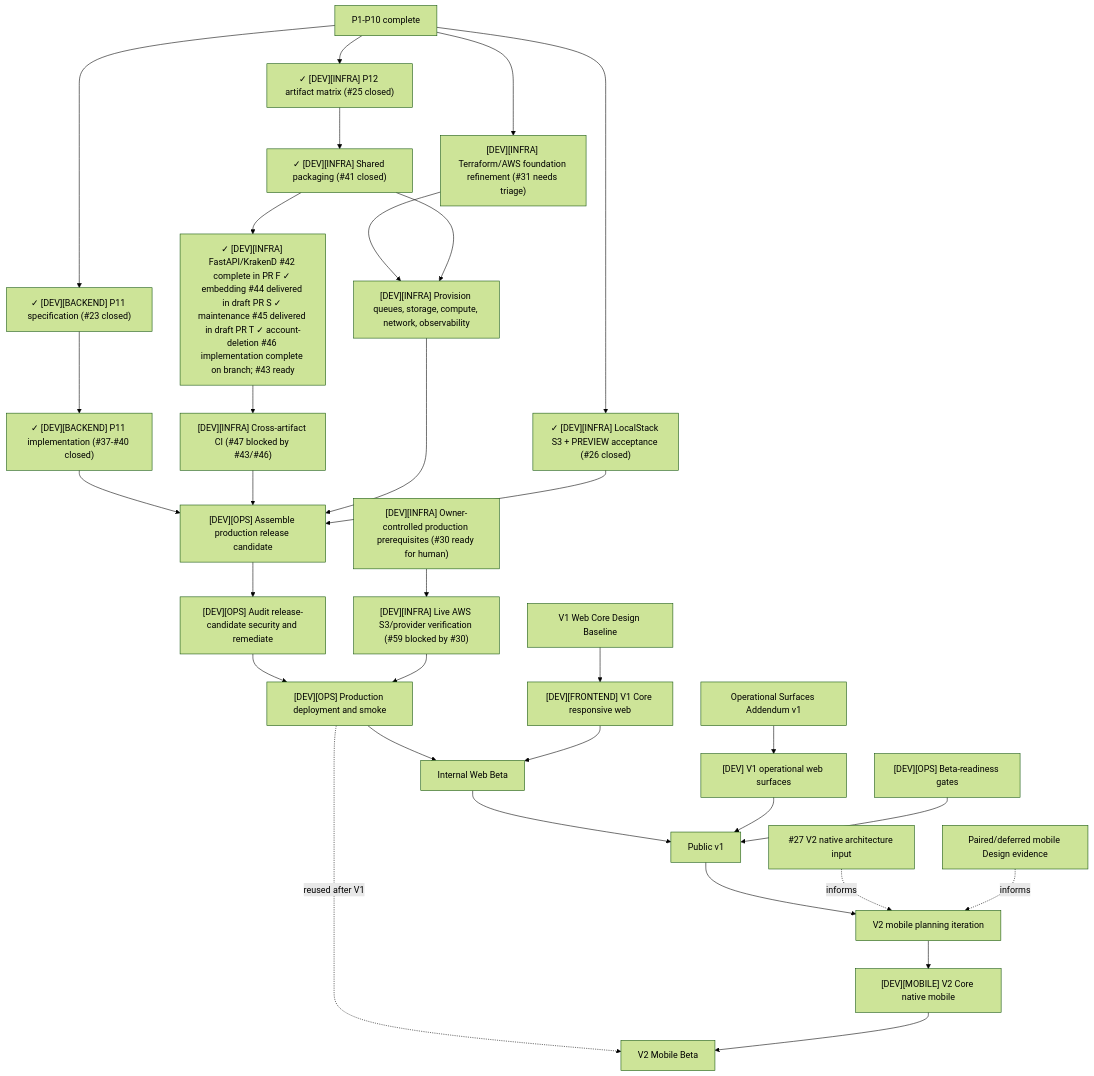
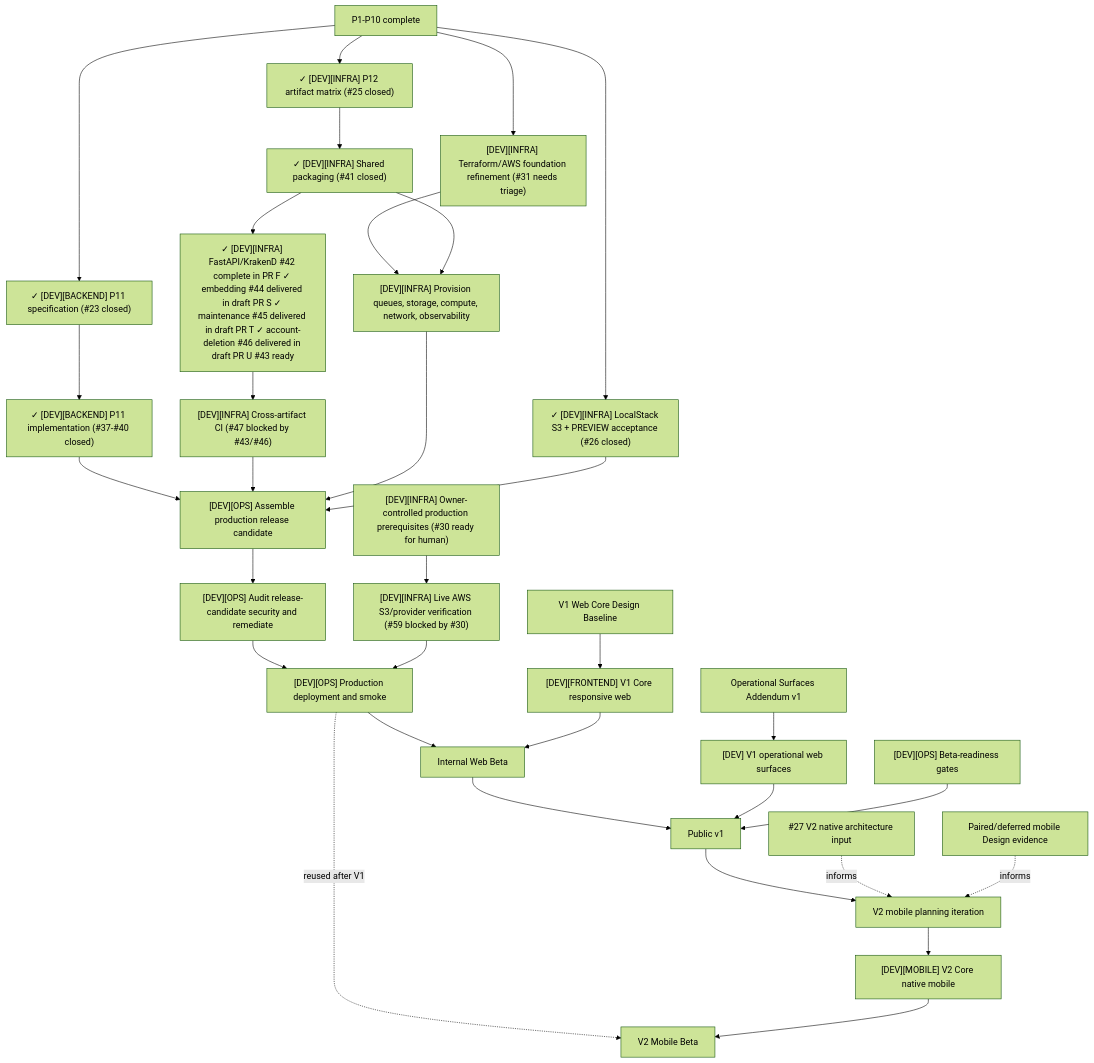
The diagram in docs/architecture/production-roadmap.md (starkovalera/recipe-manager), drawn with Mermaid (forest theme) before and after one commit. The commit also changed other lines of this file and 2 other files, not shown here.

Commit message:
docs: link account-deletion artifact to draft PR #85

````diff
--- a/docs/architecture/production-roadmap.md
+++ b/docs/architecture/production-roadmap.md
@@ -215,41 +215,41 @@
 ```mermaid
 flowchart TD
   p10["P1-P10 complete"]
   p10 --> p11Spec["✓ [DEV][BACKEND] P11 specification (#23 closed)"]
   p11Spec --> p11Implementation["✓ [DEV][BACKEND] P11 implementation (#37-#40 closed)"]
   p10 --> p12Spec["✓ [DEV][INFRA] P12 artifact matrix (#25 closed)"]
   p12Spec --> p12Shared["✓ [DEV][INFRA] Shared packaging (#41 closed)"]
-  p12Shared --> p12Artifacts["✓ [DEV][INFRA] FastAPI/KrakenD #42 complete in PR #70; ✓ embedding #44 delivered in draft PR #83; ✓ maintenance #45 delivered in draft PR #84; ✓ account-deletion #46 implementation complete on branch; #43 ready"]
+  p12Shared --> p12Artifacts["✓ [DEV][INFRA] FastAPI/KrakenD #42 complete in PR #70; ✓ embedding #44 delivered in draft PR #83; ✓ maintenance #45 delivered in draft PR #84; ✓ account-deletion #46 delivered in draft PR #85; #43 ready"]
   p12Artifacts --> p12Ci["[DEV][INFRA] Cross-artifact CI (#47 blocked by #43/#46)"]
   p10 --> localstack["✓ [DEV][INFRA] LocalStack S3 + PREVIEW acceptance (#26 closed)"]
   p10 --> tfFoundation["[DEV][INFRA] Terraform/AWS foundation refinement (#31 needs triage)"]
   ownerInputs["[DEV][INFRA] Owner-controlled production prerequisites (#30 ready for human)"]
   ownerInputs --> liveAws["[DEV][INFRA] Live AWS S3/provider verification (#59 blocked by #30)"]
 
   tfFoundation --> cloudResources["[DEV][INFRA] Provision queues, storage, compute, network, observability"]
   p12Shared --> cloudResources
 
   p11Implementation --> releaseCandidate["[DEV][OPS] Assemble production release candidate"]
   p12Ci --> releaseCandidate
   cloudResources --> releaseCandidate
   localstack --> releaseCandidate
   releaseCandidate --> security["[DEV][OPS] Audit release-candidate security and remediate"]
   security --> technicalProd["[DEV][OPS] Production deployment and smoke"]
   liveAws --> technicalProd
 
   designCore["V1 Web Core Design Baseline"] --> web["[DEV][FRONTEND] V1 Core responsive web"]
   technicalProd --> webBeta["Internal Web Beta"]
   web --> webBeta
 
   designOps["Operational Surfaces Addendum v1"] --> operationalClients["[DEV] V1 operational web surfaces"]
   webBeta --> publicV1["Public v1"]
   operationalClients --> publicV1
   beta["[DEV][OPS] Beta-readiness gates"] --> publicV1
 
   publicV1 --> v2Planning["V2 mobile planning iteration"]
   mobileResearch["#27 V2 native architecture input"] -. informs .-> v2Planning
   pairedDesign["Paired/deferred mobile Design evidence"] -. informs .-> v2Planning
   v2Planning --> mobile["[DEV][MOBILE] V2 Core native mobile"]
   technicalProd -. reused after V1 .-> mobileBeta["V2 Mobile Beta"]
   mobile --> mobileBeta
 ```
````
